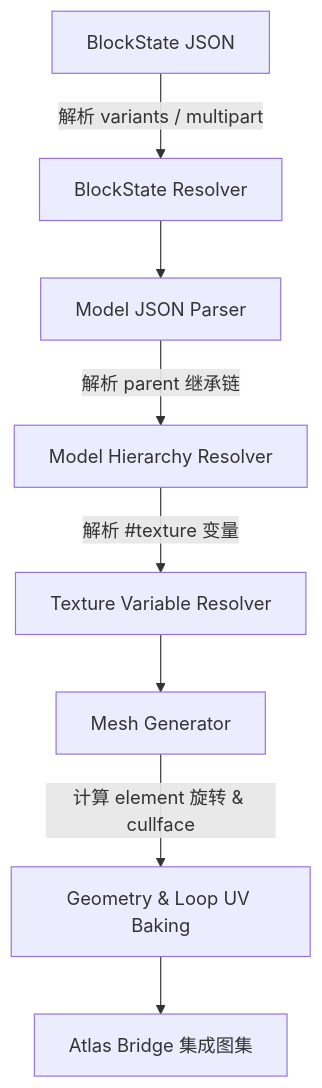
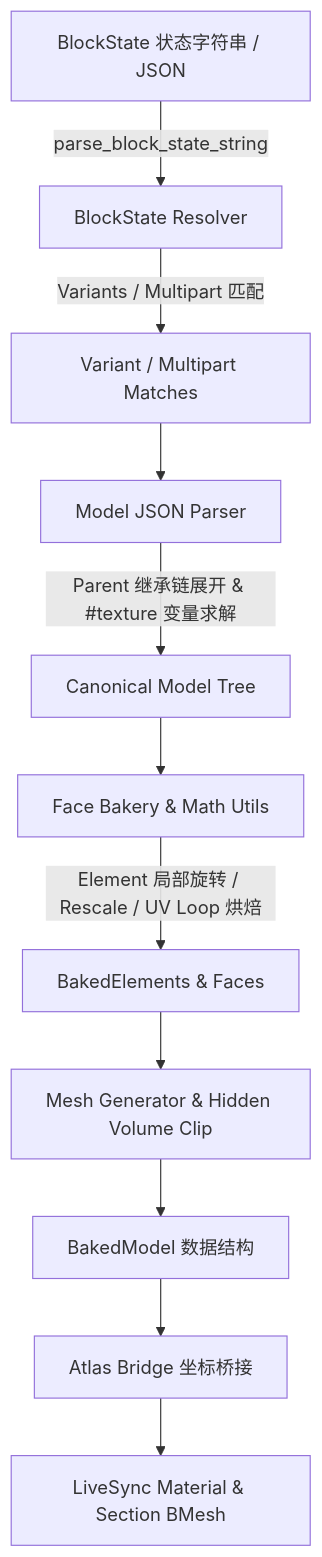
One commit to mozi1924/MoziToolKit changed the diagram in docs/materials/mc_baker.md. Above: the diagram before and after it, drawn with Mermaid. The commit also changed other lines of this file and 7 other files, not shown here.

Commit message:
docs: update and standardize documentation across mesh, pipeline, architecture, and materials sections

````diff
--- a/docs/materials/mc_baker.md
+++ b/docs/materials/mc_baker.md
@@ -5,10 +5,13 @@
 ```mermaid
 graph TD
-    BS[BlockState JSON] -->|解析 variants / multipart| StateResolver[BlockState Resolver]
-    StateResolver --> ModelParser[Model JSON Parser]
-    ModelParser -->|解析 parent 继承链| ModelInherit[Model Hierarchy Resolver]
-    ModelInherit -->|解析 #texture 变量| TexResolver[Texture Variable Resolver]
-    TexResolver --> MeshGen[Mesh Generator]
-    MeshGen -->|计算 element 旋转 & cullface| GeoBake[Geometry & Loop UV Baking]
-    GeoBake --> AtlasBridge[Atlas Bridge 集成图集]
+    BS[BlockState 状态字符串 / JSON] -->|parse_block_state_string| StateResolver[BlockState Resolver]
+    StateResolver -->|Variants / Multipart 匹配| VarMatch[Variant / Multipart Matches]
+    VarMatch --> ModelParser[Model JSON Parser]
+    ModelParser -->|Parent 继承链展开 & #texture 变量求解| CanonicalModel[Canonical Model Tree]
+    CanonicalModel --> FaceBakery[Face Bakery & Math Utils]
+    FaceBakery -->|Element 局部旋转 / Rescale / UV Loop 烘焙| BakedElements[BakedElements & Faces]
+    BakedElements --> MeshGen[Mesh Generator & Hidden Volume Clip]
+    MeshGen --> BakedModel[BakedModel 数据结构]
+    BakedModel --> AtlasBridge[Atlas Bridge 坐标桥接]
+    AtlasBridge --> MaterialManager[LiveSync Material & Section BMesh]
 ```
````
